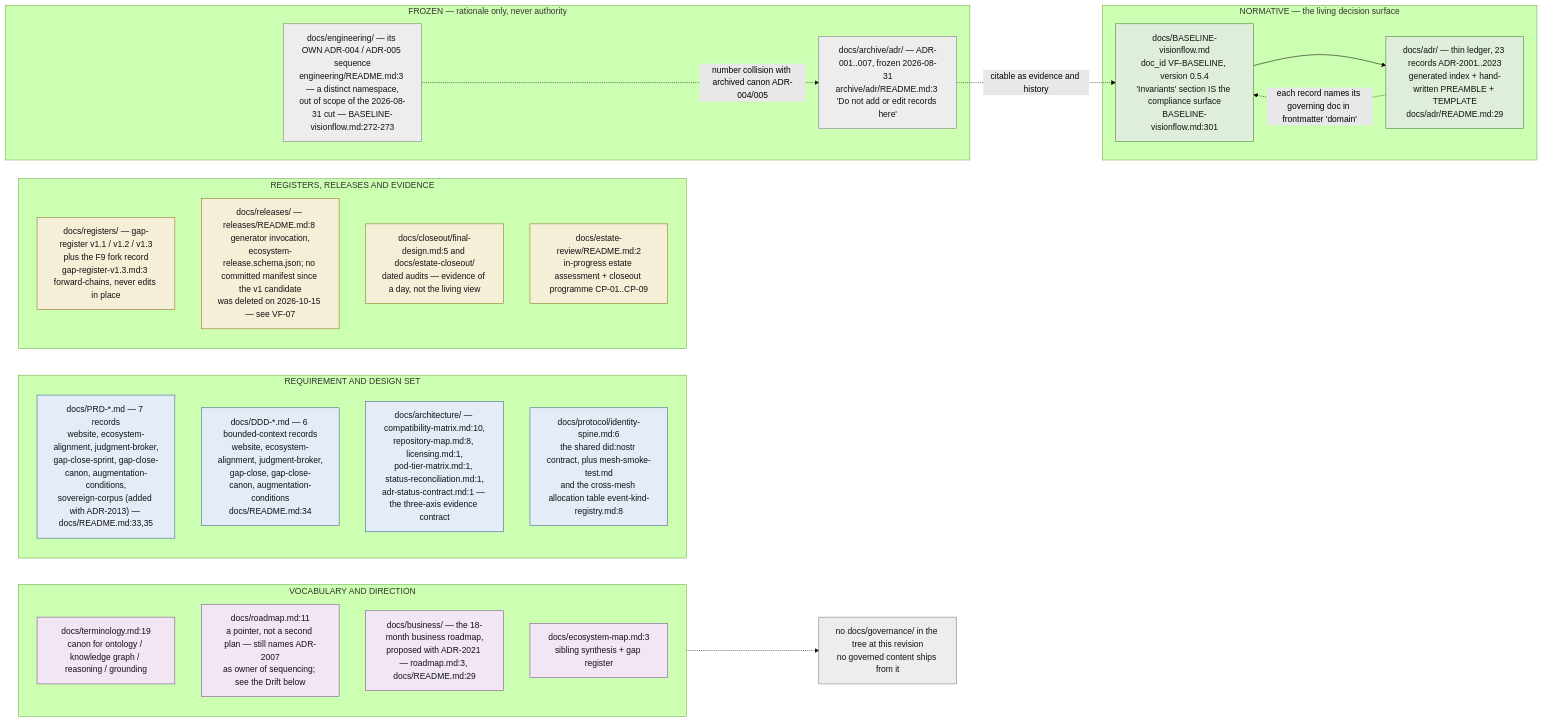
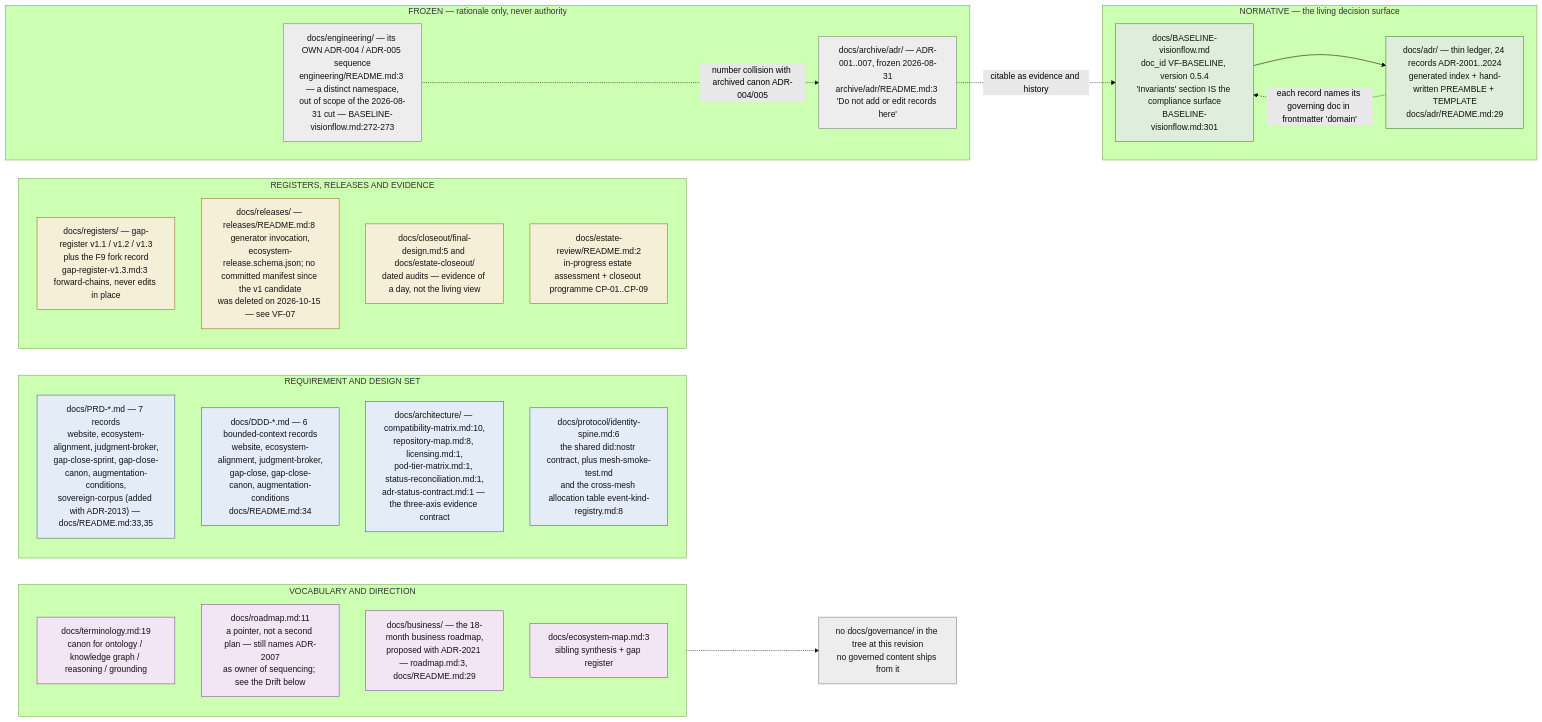
Before and after one commit to DreamLab-AI/VisionFlow: the first of 11 diagrams in docs/diagrams/visionflow/01-repo-composition-and-canon.md, drawn with Mermaid (forest theme). The commit also changed other lines of this file and 70 other files, not shown here.

First line of the commit message:
docs(diagrams): re-verify 69 topics at current default-branch heads

````diff
--- a/docs/diagrams/visionflow/01-repo-composition-and-canon.md
+++ b/docs/diagrams/visionflow/01-repo-composition-and-canon.md
@@ -69,46 +70,46 @@
 ```mermaid
 flowchart LR
     classDef norm fill:#dfeeda,stroke:#3f7a2f,color:#111
     classDef spec fill:#e4ecf8,stroke:#3a5a8a,color:#111
     classDef reg fill:#f6efd8,stroke:#8a7020,color:#111
     classDef frozen fill:#ededed,stroke:#777,color:#111
     classDef other fill:#f2e6f5,stroke:#7a4a8a,color:#111
 
     subgraph LIVING["NORMATIVE — the living decision surface"]
         BASE["docs/BASELINE-visionflow.md<br/>doc_id VF-BASELINE, version 0.5.4<br/>'Invariants' section IS the compliance surface<br/>BASELINE-visionflow.md:301"]:::norm
-        LED["docs/adr/ — thin ledger, 23 records ADR-2001..2023<br/>generated index + hand-written PREAMBLE + TEMPLATE<br/>docs/adr/README.md:29"]:::norm
+        LED["docs/adr/ — thin ledger, 24 records ADR-2001..2024<br/>generated index + hand-written PREAMBLE + TEMPLATE<br/>docs/adr/README.md:29"]:::norm
     end
 
     subgraph SPECS["REQUIREMENT AND DESIGN SET"]
         PRD["docs/PRD-*.md — 7 records<br/>website, ecosystem-alignment, judgment-broker,<br/>gap-close-sprint, gap-close-canon, augmentation-conditions,<br/>sovereign-corpus (added with ADR-2013) — docs/README.md:33,35"]:::spec
         DDD["docs/DDD-*.md — 6 bounded-context records<br/>website, ecosystem-alignment, judgment-broker,<br/>gap-close, gap-close-canon, augmentation-conditions<br/>docs/README.md:34"]:::spec
         ARCH["docs/architecture/ — compatibility-matrix.md:10,<br/>repository-map.md:8, licensing.md:1,<br/>pod-tier-matrix.md:1, status-reconciliation.md:1,<br/>adr-status-contract.md:1 — the three-axis evidence contract"]:::spec
         PROTO["docs/protocol/identity-spine.md:6<br/>the shared did:nostr contract, plus mesh-smoke-test.md<br/>and the cross-mesh allocation table event-kind-registry.md:8"]:::spec
     end
 
     subgraph EVID["REGISTERS, RELEASES AND EVIDENCE"]
         REG["docs/registers/ — gap-register v1.1 / v1.2 / v1.3<br/>plus the F9 fork record<br/>gap-register-v1.3.md:3 forward-chains, never edits in place"]:::reg
         REL["docs/releases/ — releases/README.md:8 generator invocation,<br/>ecosystem-release.schema.json; no committed manifest since the v1 candidate<br/>was deleted on 2026-10-15 — see VF-07"]:::reg
         CLOSE["docs/closeout/final-design.md:5 and docs/estate-closeout/<br/>dated audits — evidence of a day, not the living view"]:::reg
         REVIEW["docs/estate-review/README.md:2<br/>in-progress estate assessment + closeout programme CP-01..CP-09"]:::reg
     end
 
     subgraph WORDS["VOCABULARY AND DIRECTION"]
         TERM["docs/terminology.md:19<br/>canon for ontology / knowledge graph / reasoning / grounding"]:::other
         ROAD["docs/roadmap.md:11<br/>a pointer, not a second plan — still names ADR-2007<br/>as owner of sequencing; see the Drift below"]:::other
         BIZ["docs/business/ — the 18-month business roadmap,<br/>proposed with ADR-2021 — roadmap.md:3, docs/README.md:29"]:::other
         MAP["docs/ecosystem-map.md:3<br/>sibling synthesis + gap register"]:::other
     end
 
     subgraph FROZEN["FROZEN — rationale only, never authority"]
         ARCHV["docs/archive/adr/ — ADR-001..007, frozen 2026-08-31<br/>archive/adr/README.md:3 'Do not add or edit records here'"]:::frozen
         ENG["docs/engineering/ — its OWN ADR-004 / ADR-005 sequence<br/>engineering/README.md:3 — a distinct namespace,<br/>out of scope of the 2026-08-31 cut — BASELINE-visionflow.md:272-273"]:::frozen
     end
 
     BASE --> LED
     LED -.->|"each record names its governing doc in frontmatter 'domain'"| BASE
     ARCHV -.->|"citable as evidence and history"| BASE
     ENG -.->|"number collision with archived canon ADR-004/005"| ARCHV
     EMPTY["no docs/governance/ in the tree at this revision<br/>no governed content ships from it"]:::frozen
     WORDS -.-> EMPTY
 ```
````
